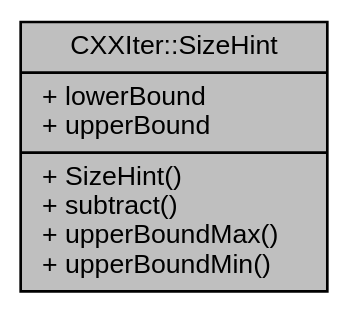
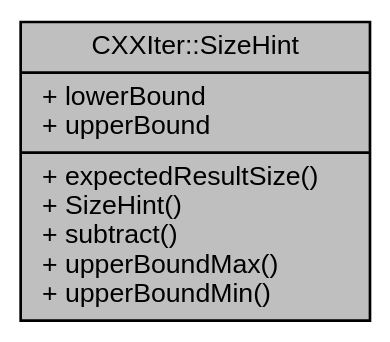
Before and after one commit to seijikun/CXXIter: the diagram in structCXXIter_1_1SizeHint__coll__graph.dot, drawn with Graphviz. The commit also changed 18 other files, not shown here.

```diff
--- a/structCXXIter_1_1SizeHint__coll__graph.dot
+++ b/structCXXIter_1_1SizeHint__coll__graph.dot
@@ -1,9 +1,9 @@
 digraph "CXXIter::SizeHint"
 {
  // INTERACTIVE_SVG=YES
  // LATEX_PDF_SIZE
   bgcolor="transparent";
   edge [fontname="Helvetica",fontsize="10",labelfontname="Helvetica",labelfontsize="10"];
   node [fontname="Helvetica",fontsize="10",shape=record];
-  Node1 [label="{CXXIter::SizeHint\n|+ lowerBound\l+ upperBound\l|+ SizeHint()\l+ subtract()\l+ upperBoundMax()\l+ upperBoundMin()\l}",height=0.2,width=0.4,color="black", fillcolor="grey75", style="filled", fontcolor="black",tooltip=" "];
+  Node1 [label="{CXXIter::SizeHint\n|+ lowerBound\l+ upperBound\l|+ expectedResultSize()\l+ SizeHint()\l+ subtract()\l+ upperBoundMax()\l+ upperBoundMin()\l}",height=0.2,width=0.4,color="black", fillcolor="grey75", style="filled", fontcolor="black",tooltip=" "];
 }
```
